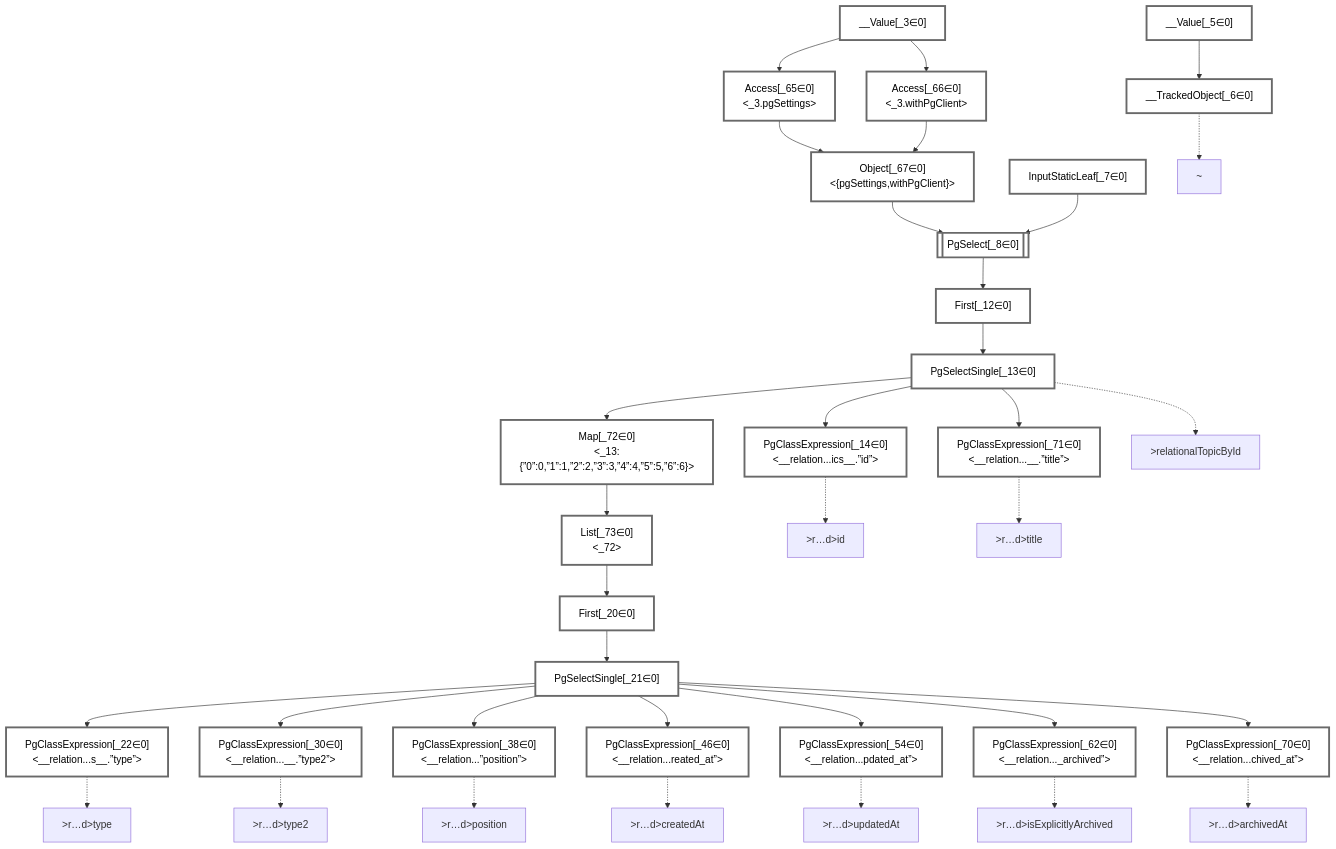
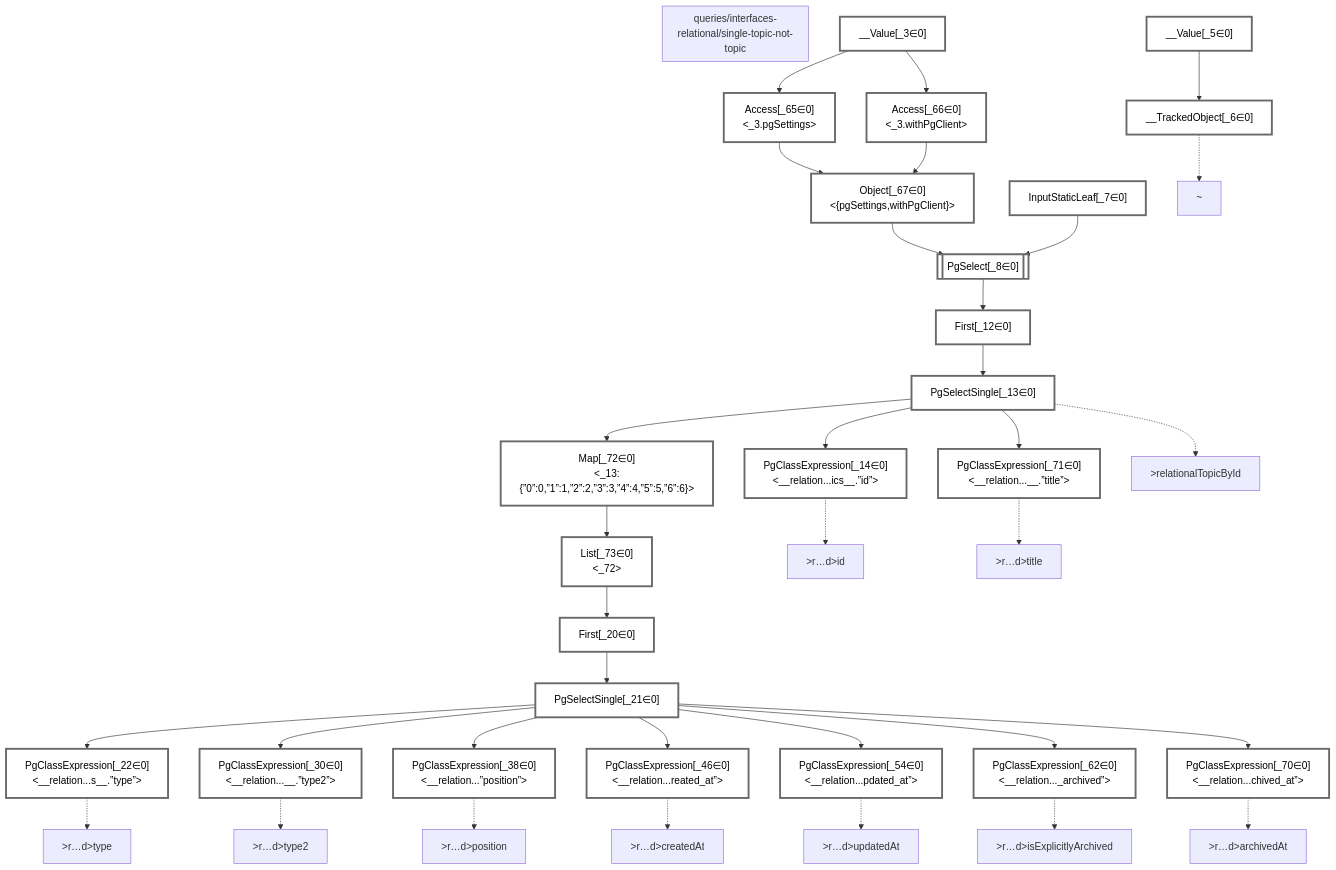
Before and after one commit to graphile/crystal: the diagram in packages/dataplan-pg/__tests__/queries/interfaces-relational/single-topic-not-topic.mermaid.md, drawn with Mermaid. The commit also changed 195 other files, not shown here.

````diff
--- a/packages/dataplan-pg/__tests__/queries/interfaces-relational/single-topic-not-topic.mermaid.md
+++ b/packages/dataplan-pg/__tests__/queries/interfaces-relational/single-topic-not-topic.mermaid.md
@@ -1,5 +1,7 @@
 ```mermaid
 graph TD
+    subgraph "queries/interfaces-relational/single-topic-not-topic"
+    end
     classDef path fill:#eee,stroke:#000,color:#000
     classDef plan fill:#fff,stroke-width:3px,color:#000
     classDef itemplan fill:#fff,stroke-width:6px,color:#000
````
